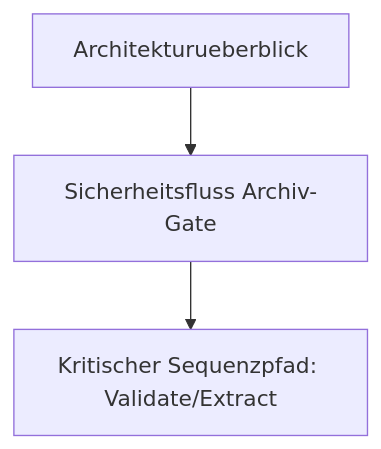
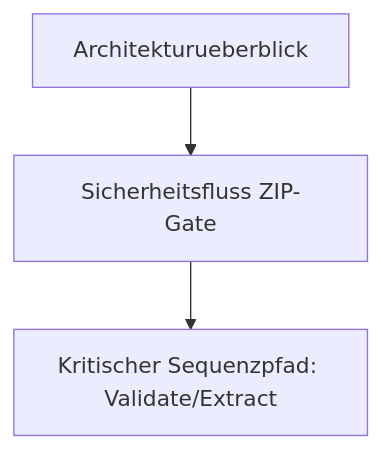
Before and after one commit to tomtastisch/FileClassifier: the second of 3 diagrams in src/FileTypeDetection/README.md, drawn with Mermaid. The commit also changed other lines of this file and 80 other files, not shown here.

````diff
--- a/src/FileTypeDetection/README.md
+++ b/src/FileTypeDetection/README.md
@@ -81,5 +75,5 @@
 ```mermaid
 flowchart TD
-    A[Architekturueberblick] --> B[Sicherheitsfluss Archiv-Gate]
+    A[Architekturueberblick] --> B[Sicherheitsfluss ZIP-Gate]
     B --> C[Kritischer Sequenzpfad: Validate/Extract]
 ```
````
